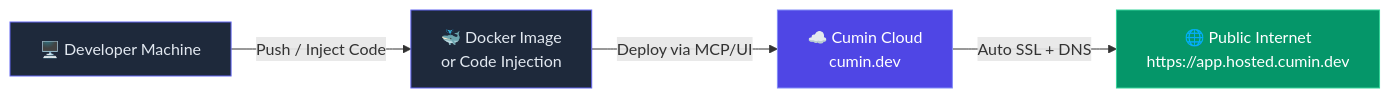
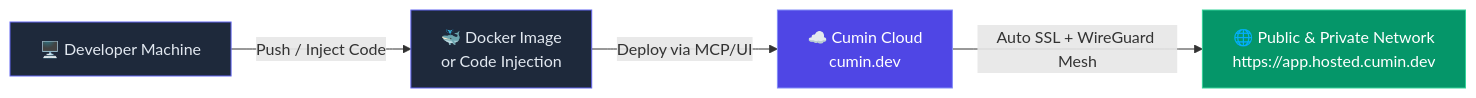
Before and after one commit to ZiadMahmoud2003/cumin-soc: the first of 15 diagrams in docs/REPORT.md, drawn with Mermaid. The commit also changed other lines of this file and 1 other file, not shown here.

First line of the commit message:
docs: Synchronize entire documentation with live private WireGuard mesh

````diff
--- a/docs/REPORT.md
+++ b/docs/REPORT.md
@@ -56,11 +57,11 @@
 ```mermaid
 graph LR
     A["🖥️ Developer Machine"] -->|"Push / Inject Code"| B["🐳 Docker Image\nor Code Injection"]
     B -->|"Deploy via MCP/UI"| C["☁️ Cumin Cloud\ncumin.dev"]
-    C -->|"Auto SSL + DNS"| D["🌐 Public Internet\nhttps://app.hosted.cumin.dev"]
+    C -->|"Auto SSL + WireGuard Mesh"| D["🌐 Public & Private Network\nhttps://app.hosted.cumin.dev"]
 
     style A fill:#1e293b,color:#e2e8f0,stroke:#6366f1
     style B fill:#1e293b,color:#e2e8f0,stroke:#6366f1
     style C fill:#4f46e5,color:#ffffff,stroke:#818cf8
     style D fill:#059669,color:#ffffff,stroke:#34d399
 ```
````
